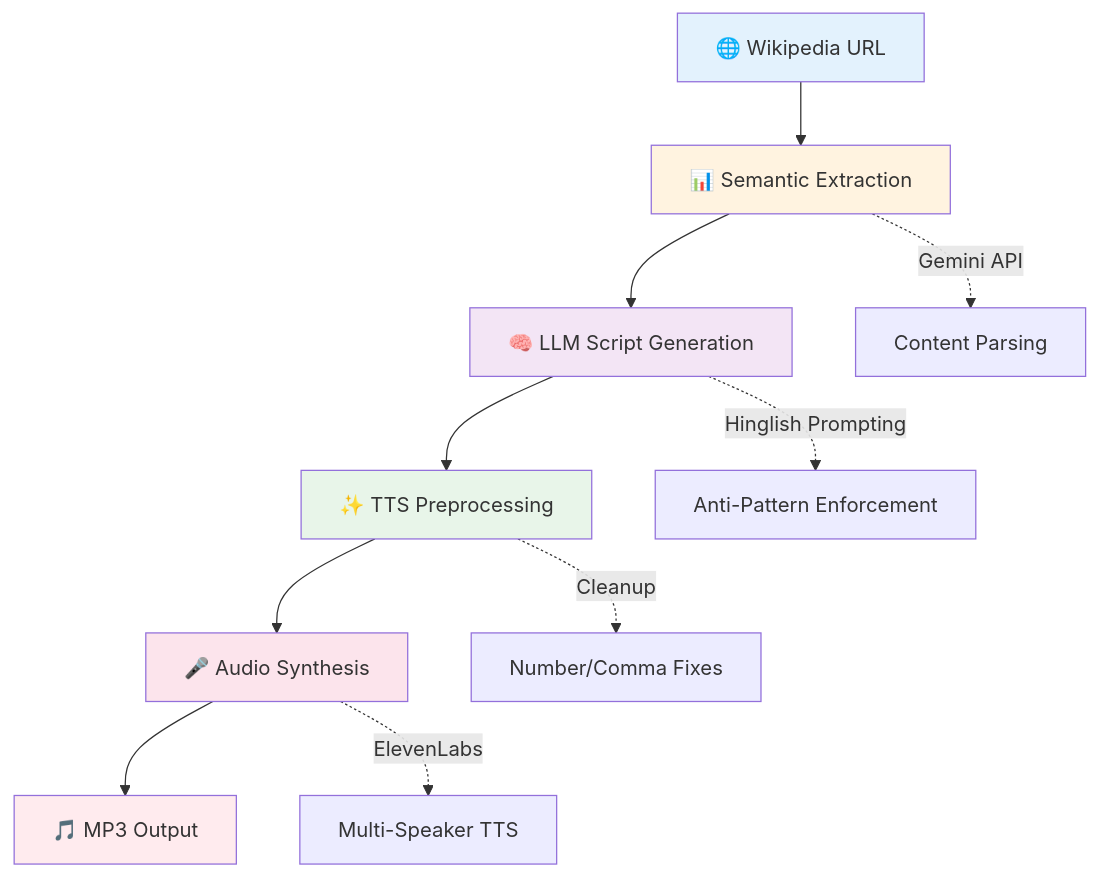
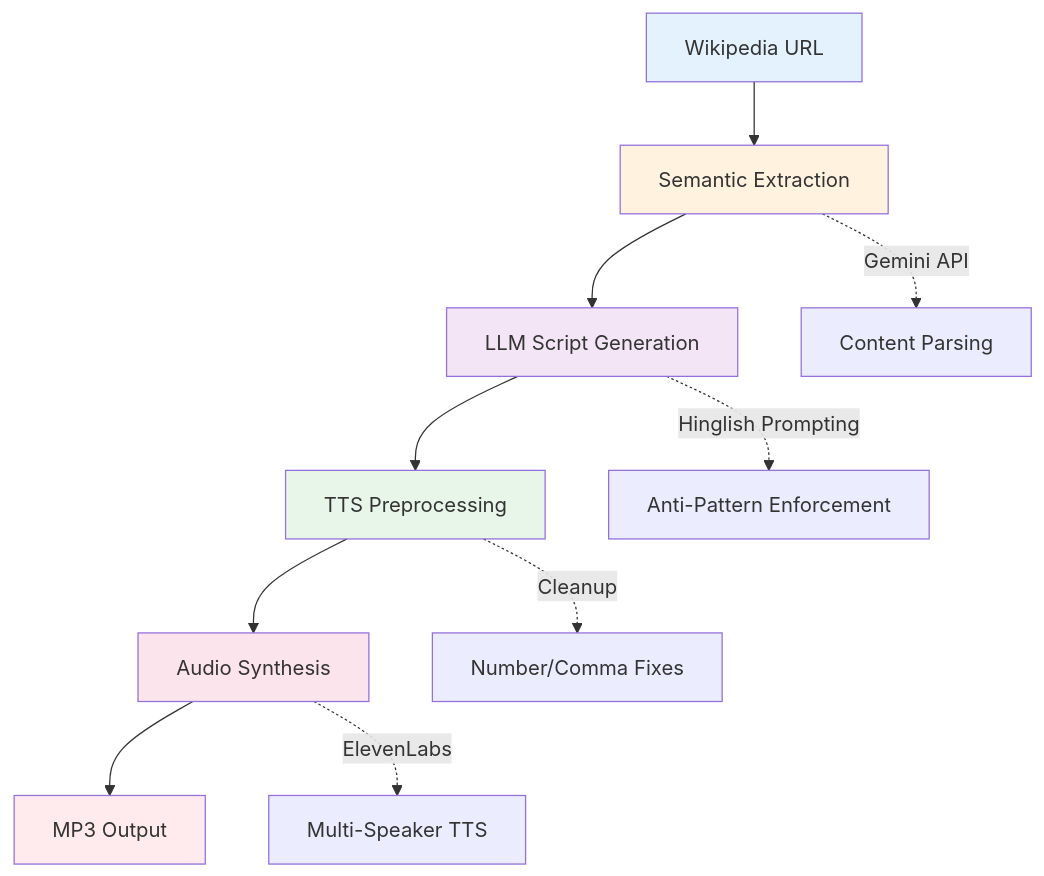
The second of 2 diagrams in README.md (Hazenbox/Vani-ai), drawn with Mermaid before and after one commit. The commit also changed other lines of this file, not shown here.

````diff
--- a/README.md
+++ b/README.md
@@ -237,20 +244,20 @@
 ```mermaid
 graph TD
-    A[🌐 Wikipedia URL] --> B[📊 Semantic Extraction]
-    B --> C[🧠 LLM Script Generation]
-    C --> D[✨ TTS Preprocessing]
-    D --> E[🎤 Audio Synthesis]
-    E --> F[🎵 MP3 Output]
+    A[Wikipedia URL] --> B[Semantic Extraction]
+    B --> C[LLM Script Generation]
+    C --> D[TTS Preprocessing]
+    D --> E[Audio Synthesis]
+    E --> F[MP3 Output]
     
     B -.->|Gemini API| B1[Content Parsing]
     C -.->|Hinglish Prompting| C1[Anti-Pattern Enforcement]
     D -.->|Cleanup| D1[Number/Comma Fixes]
     E -.->|ElevenLabs| E1[Multi-Speaker TTS]
     
     style A fill:#e3f2fd
     style B fill:#fff3e0
     style C fill:#f3e5f5
     style D fill:#e8f5e9
     style E fill:#fce4ec
     style F fill:#ffebee
 ```
````
